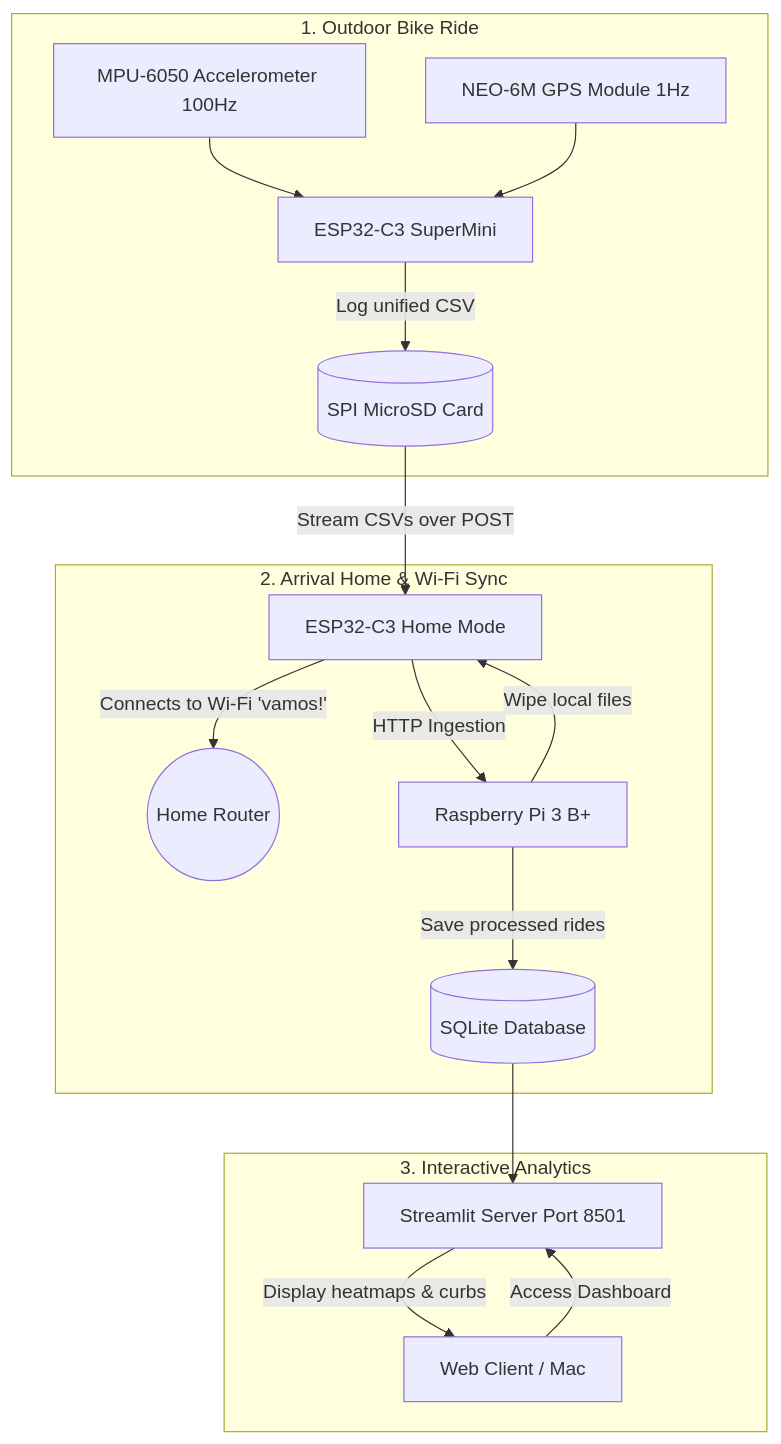
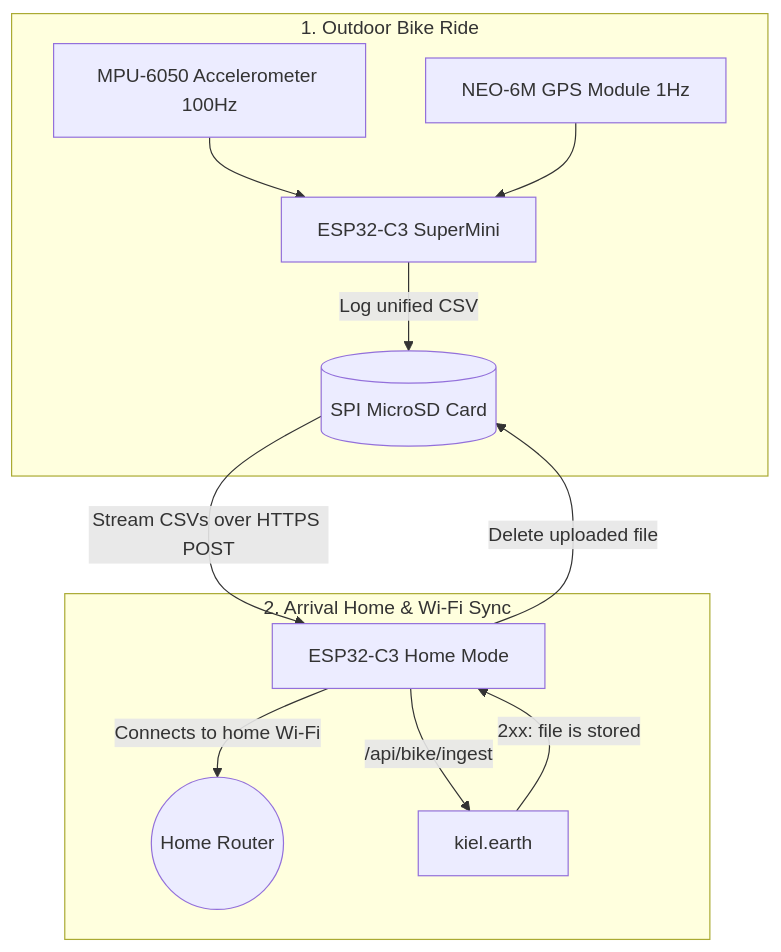
One commit to GronuJ/bikesensor changed the diagram in README.md. Above: the diagram before and after it, drawn with Mermaid. The commit also changed other lines of this file and 30 other files, not shown here.

````diff
--- a/README.md
+++ b/README.md
@@ -35,23 +30,17 @@
 ```mermaid
 flowchart TD
     subgraph Riding [1. Outdoor Bike Ride]
         ESP[ESP32-C3 SuperMini]
         IMU[MPU-6050 Accelerometer 100Hz] --> ESP
         GPS[NEO-6M GPS Module 1Hz] --> ESP
         ESP -->|Log unified CSV| SD[(SPI MicroSD Card)]
     end
 
     subgraph Home [2. Arrival Home & Wi-Fi Sync]
-        ESP_H[ESP32-C3 Home Mode] -->|Connects to Wi-Fi 'vamos!'| Router((Home Router))
-        SD -->|Stream CSVs over POST| ESP_H
-        ESP_H -->|HTTP Ingestion| Pi[Raspberry Pi 3 B+]
-        Pi -->|Save processed rides| DB[(SQLite Database)]
-        Pi -->|Wipe local files| ESP_H
-    end
-
-    subgraph Analytics [3. Interactive Analytics]
-        Browser[Web Client / Mac] -->|Access Dashboard| Web[Streamlit Server Port 8501]
-        DB --> Web
-        Web -->|Display heatmaps & curbs| Browser
+        ESP_H[ESP32-C3 Home Mode] -->|Connects to home Wi-Fi| Router((Home Router))
+        SD -->|Stream CSVs over HTTPS POST| ESP_H
+        ESP_H -->|/api/bike/ingest| Site[kiel.earth]
+        Site -->|2xx: file is stored| ESP_H
+        ESP_H -->|Delete uploaded file| SD
     end
 ```
````
